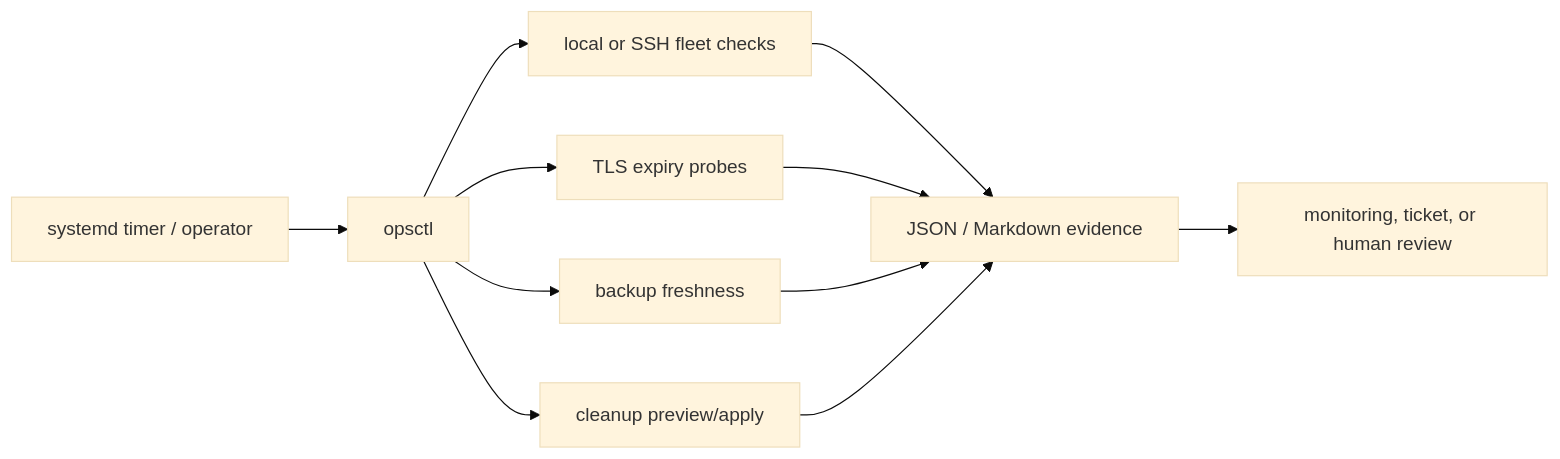
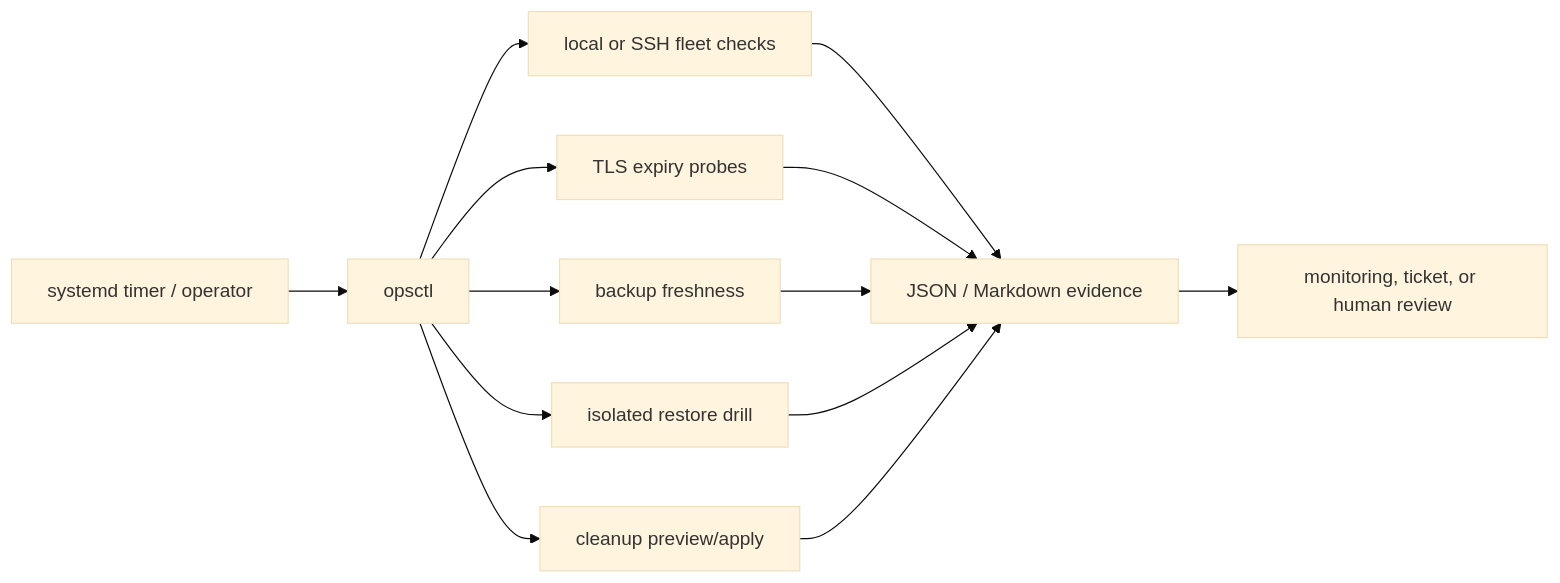
One commit to blamixology/operations-automation-toolkit changed the diagram in README.md. Above: the diagram before and after it, drawn with Mermaid (base theme). The commit also changed other lines of this file and 7 other files, not shown here.

````diff
--- a/README.md
+++ b/README.md
@@ -69,10 +76,11 @@
 ```mermaid
 flowchart LR
   T[systemd timer / operator] --> CLI[opsctl]
   CLI --> F[local or SSH fleet checks]
   CLI --> C[TLS expiry probes]
   CLI --> B[backup freshness]
+  CLI --> V[isolated restore drill]
   CLI --> D[cleanup preview/apply]
-  F & C & B & D --> R[JSON / Markdown evidence]
+  F & C & B & V & D --> R[JSON / Markdown evidence]
   R --> M[monitoring, ticket, or human review]
 ```
````
